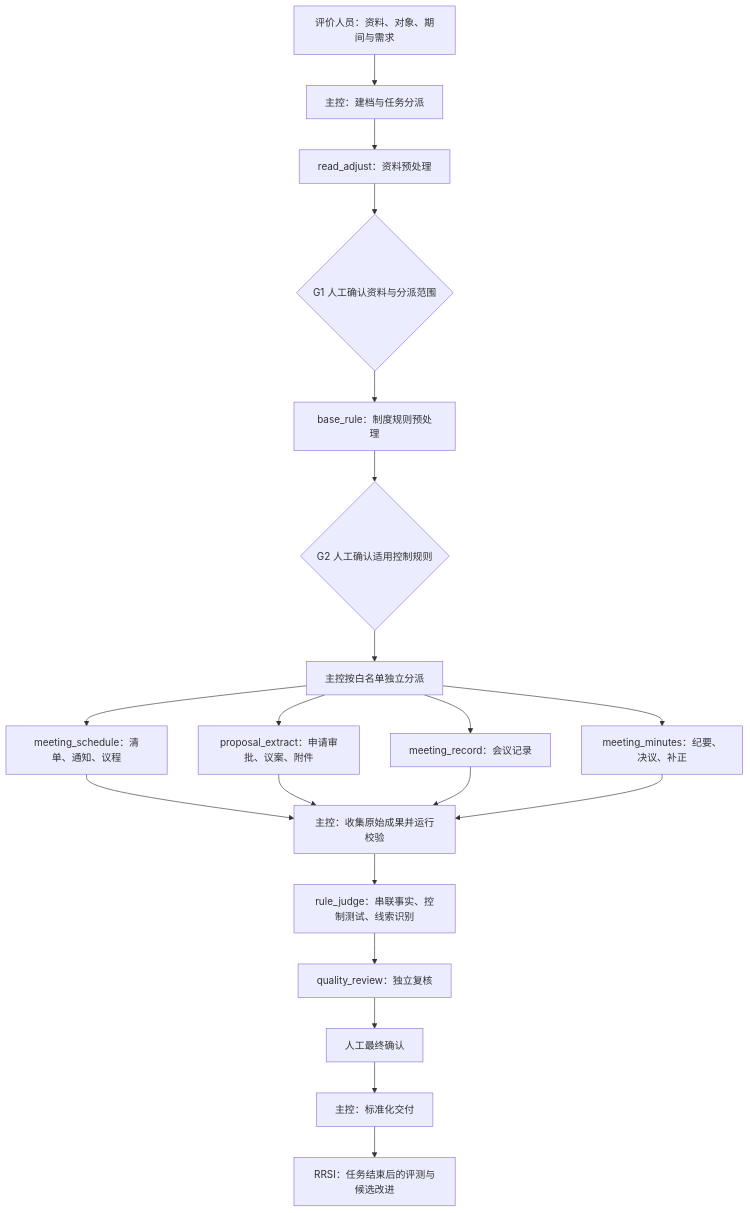
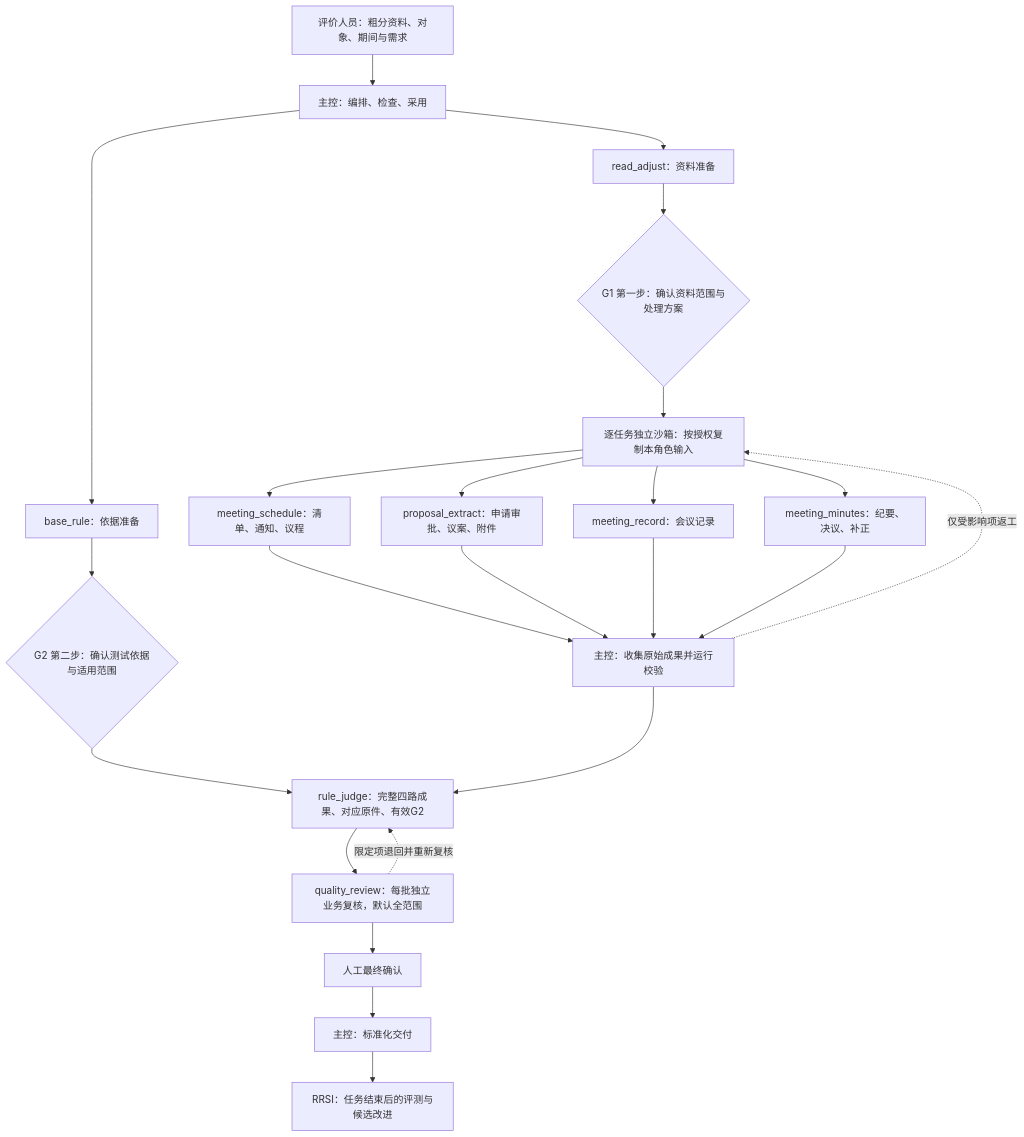
One commit to gaoyifeng777-netizen/important-core_skill changed the first of 2 diagrams in README.md. Above: the diagram before and after it, drawn with Mermaid. The commit also changed other lines of this file and 48 other files, not shown here.

````diff
--- a/README.md
+++ b/README.md
@@ -26,22 +30,25 @@
 ```mermaid
 flowchart TD
-    U[评价人员：资料、对象、期间与需求] --> M[主控：建档与任务分派]
-    M --> A[read_adjust：资料预处理]
-    A --> G1{G1 人工确认资料与分派范围}
-    G1 --> B[base_rule：制度规则预处理]
-    B --> G2{G2 人工确认适用控制规则}
-    G2 --> D[主控按白名单独立分派]
+    U[评价人员：粗分资料、对象、期间与需求] --> M[主控：编排、检查、采用]
+    M --> A[read_adjust：资料准备]
+    M --> B[base_rule：依据准备]
+    A --> G1{G1 第一步：确认资料范围与处理方案}
+    B --> G2{G2 第二步：确认测试依据与适用范围}
+    G1 --> D[逐任务独立沙箱：按授权复制本角色输入]
     D --> S[meeting_schedule：清单、通知、议程]
     D --> P[proposal_extract：申请审批、议案、附件]
     D --> R[meeting_record：会议记录]
     D --> N[meeting_minutes：纪要、决议、补正]
     S --> C[主控：收集原始成果并运行校验]
     P --> C
     R --> C
     N --> C
-    C --> J[rule_judge：串联事实、控制测试、线索识别]
-    J --> Q[quality_review：独立复核]
+    G2 --> J[rule_judge：完整四路成果、对应原件、有效G2]
+    C --> J
+    J --> Q[quality_review：每批独立业务复核，默认全范围]
+    C -.仅受影响项返工.-> D
+    Q -.限定项退回并重新复核.-> J
     Q --> H[人工最终确认]
     H --> O[主控：标准化交付]
     O --> E[RRSI：任务结束后的评测与候选改进]
 ```
````
